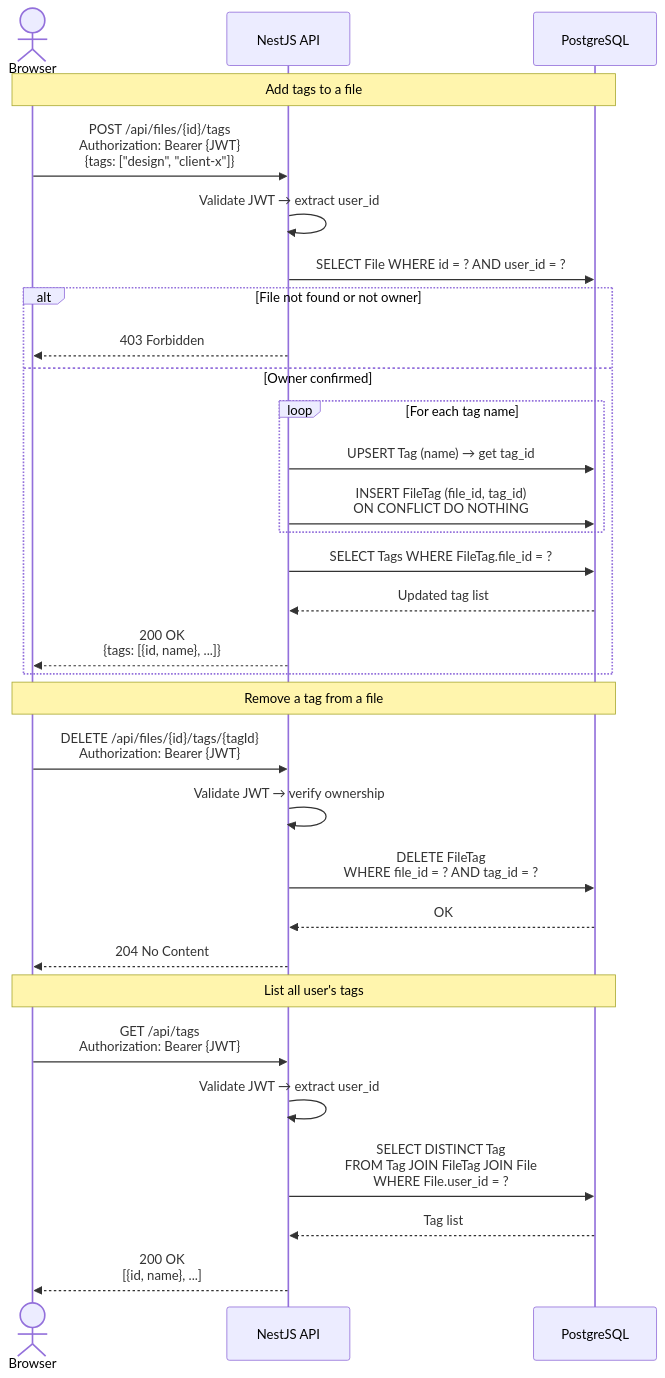
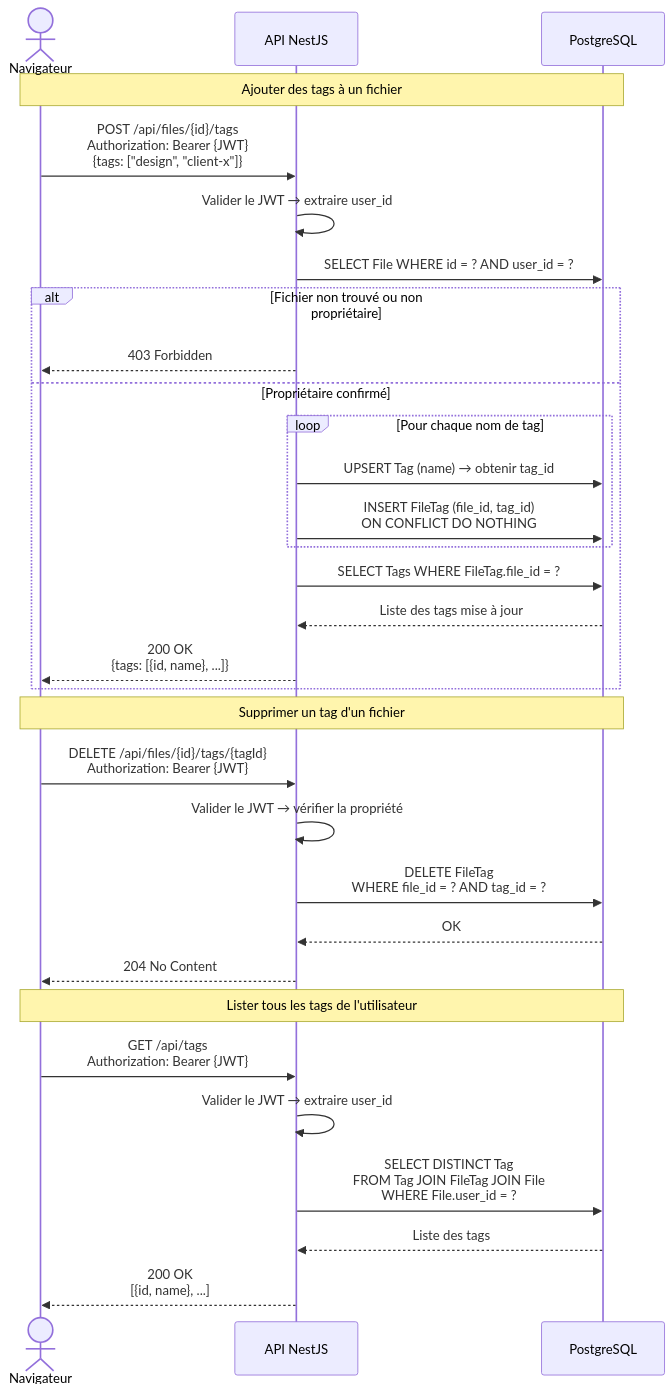
The seventh of 8 diagrams in docs/architecture/03-sequence-diagrams.md (OC-Expert-DevOps/P3-OC-software-development-management), drawn with Mermaid before and after one commit. The commit also changed other lines of this file and 21 other files, not shown here.

````diff
--- a/docs/architecture/03-sequence-diagrams.md
+++ b/docs/architecture/03-sequence-diagrams.md
@@ -219,36 +219,36 @@
 ```mermaid
 sequenceDiagram
-    actor User as Browser
-    participant API as NestJS API
+    actor User as Navigateur
+    participant API as API NestJS
     participant DB as PostgreSQL
 
-    Note over User, DB: Add tags to a file
+    Note over User, DB: Ajouter des tags à un fichier
     User->>API: POST /api/files/{id}/tags<br/>Authorization: Bearer {JWT}<br/>{tags: ["design", "client-x"]}
-    API->>API: Validate JWT → extract user_id
+    API->>API: Valider le JWT → extraire user_id
     API->>DB: SELECT File WHERE id = ? AND user_id = ?
-    alt File not found or not owner
+    alt Fichier non trouvé ou non propriétaire
         API-->>User: 403 Forbidden
-    else Owner confirmed
-        loop For each tag name
-            API->>DB: UPSERT Tag (name) → get tag_id
+    else Propriétaire confirmé
+        loop Pour chaque nom de tag
+            API->>DB: UPSERT Tag (name) → obtenir tag_id
             API->>DB: INSERT FileTag (file_id, tag_id)<br/>ON CONFLICT DO NOTHING
         end
         API->>DB: SELECT Tags WHERE FileTag.file_id = ?
-        DB-->>API: Updated tag list
+        DB-->>API: Liste des tags mise à jour
         API-->>User: 200 OK<br/>{tags: [{id, name}, ...]}
     end
 
-    Note over User, DB: Remove a tag from a file
+    Note over User, DB: Supprimer un tag d'un fichier
     User->>API: DELETE /api/files/{id}/tags/{tagId}<br/>Authorization: Bearer {JWT}
-    API->>API: Validate JWT → verify ownership
+    API->>API: Valider le JWT → vérifier la propriété
     API->>DB: DELETE FileTag<br/>WHERE file_id = ? AND tag_id = ?
     DB-->>API: OK
     API-->>User: 204 No Content
 
-    Note over User, DB: List all user's tags
+    Note over User, DB: Lister tous les tags de l'utilisateur
     User->>API: GET /api/tags<br/>Authorization: Bearer {JWT}
-    API->>API: Validate JWT → extract user_id
+    API->>API: Valider le JWT → extraire user_id
     API->>DB: SELECT DISTINCT Tag<br/>FROM Tag JOIN FileTag JOIN File<br/>WHERE File.user_id = ?
-    DB-->>API: Tag list
+    DB-->>API: Liste des tags
     API-->>User: 200 OK<br/>[{id, name}, ...]
 ```
````
